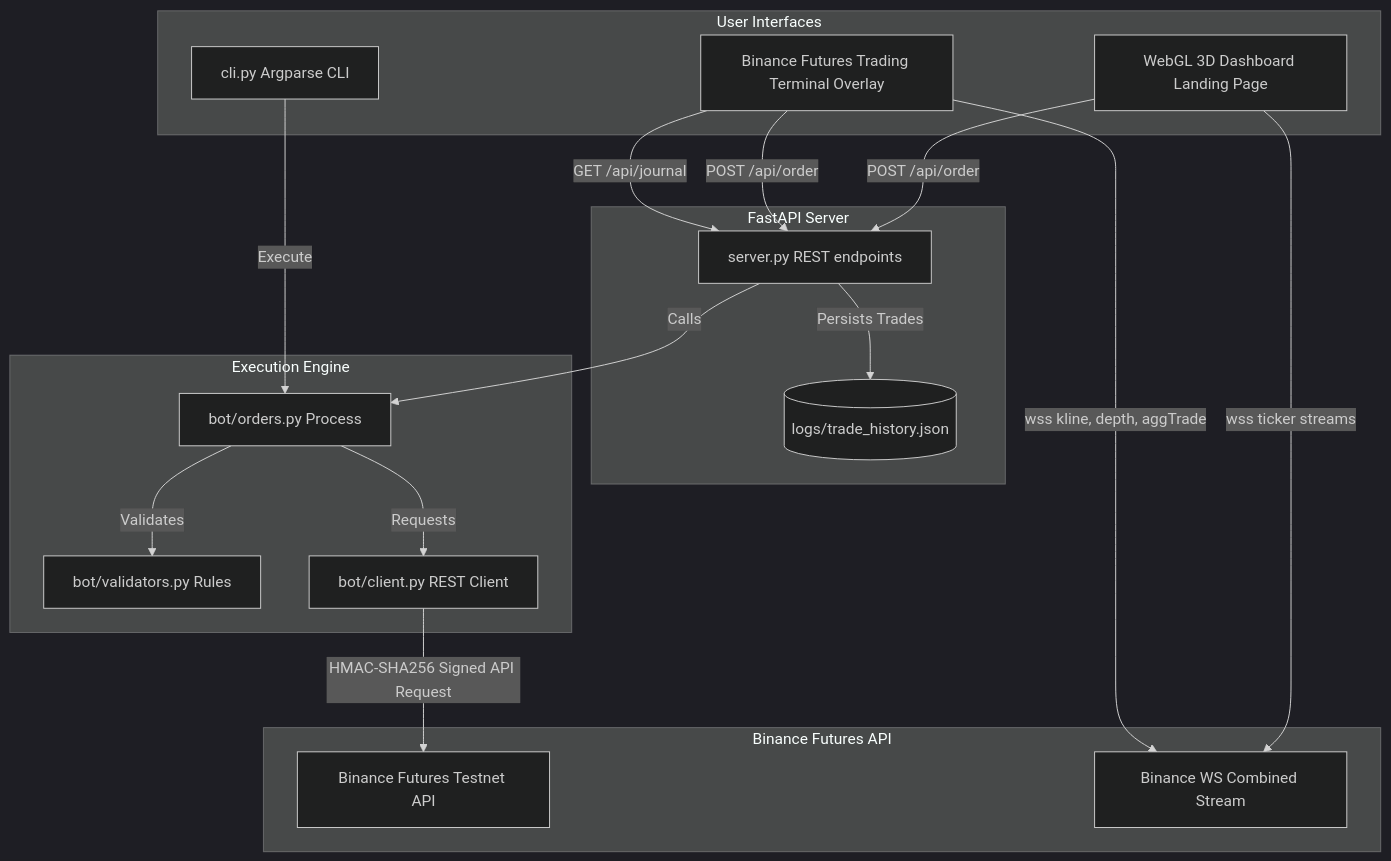
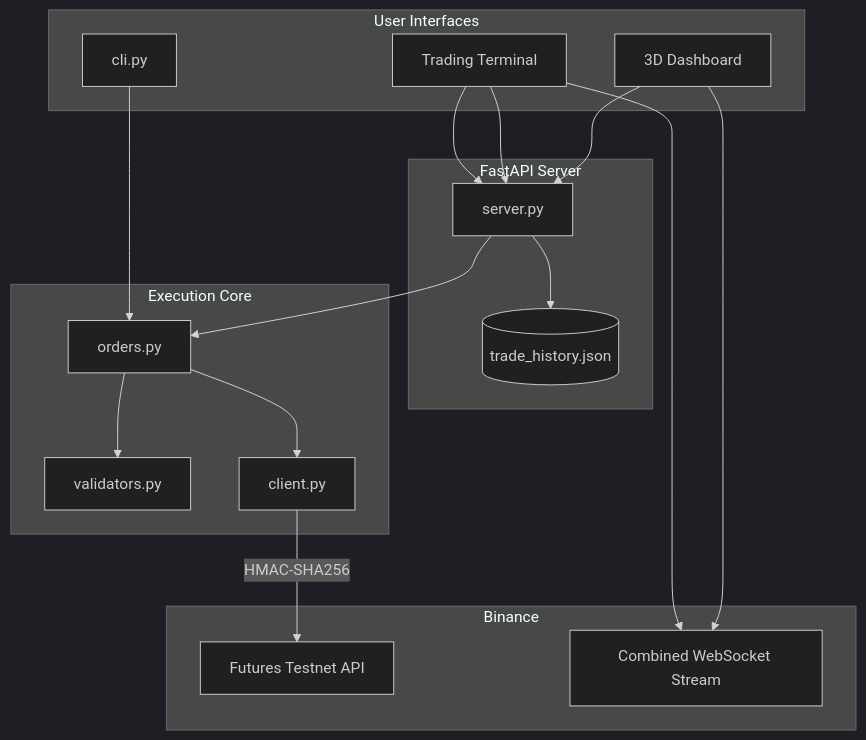
Before and after one commit to shaillybhardwaj123/Binance: the diagram in README.md, drawn with Mermaid (dark theme). The commit also changed other lines of this file, not shown here.

````diff
--- a/README.md
+++ b/README.md
@@ -143,33 +174,33 @@
 ```mermaid
 graph TD
-    subgraph User Interfaces [User Interfaces]
-        CLI[cli.py Argparse CLI]
-        WebUI[WebGL 3D Dashboard Landing Page]
-        TermUI[Binance Futures Trading Terminal Overlay]
+    subgraph UI [User Interfaces]
+        CLI[cli.py]
+        WebUI[3D Dashboard]
+        TermUI[Trading Terminal]
     end
-    subgraph API Backend [FastAPI Server]
-        API[server.py REST endpoints]
-        DB[(logs/trade_history.json)]
+    subgraph Backend [FastAPI Server]
+        API[server.py]
+        DB[(trade_history.json)]
     end
-    subgraph Core Execution Engine [Execution Engine]
-        Validators[bot/validators.py Rules]
-        Orders[bot/orders.py Process]
-        Client[bot/client.py REST Client]
+    subgraph Engine [Execution Core]
+        Validators[validators.py]
+        Orders[orders.py]
+        Client[client.py]
     end
-    subgraph Exchange Interface [Binance Futures API]
-        Binance[Binance Futures Testnet API]
-        WSStream[Binance WS Combined Stream]
+    subgraph Exchange [Binance]
+        BinanceAPI[Futures Testnet API]
+        WSStream[Combined WebSocket Stream]
     end
 
-    CLI -->|Execute| Orders
-    WebUI -->|POST /api/order| API
-    TermUI -->|POST /api/order| API
-    API -->|Calls| Orders
-    Orders -->|Validates| Validators
-    Orders -->|Requests| Client
-    Client -->|HMAC-SHA256 Signed API Request| Binance
-    WebUI -->|wss ticker streams| WSStream
-    TermUI -->|wss kline, depth, aggTrade| WSStream
-    API -->|Persists Trades| DB
-    TermUI -->|GET /api/journal| API
+    CLI --> Orders
+    WebUI --> API
+    TermUI --> API
+    API --> Orders
+    Orders --> Validators
+    Orders --> Client
+    Client -->|HMAC-SHA256| BinanceAPI
+    WebUI --> WSStream
+    TermUI --> WSStream
+    API --> DB
+    TermUI --> API
 ```
````
